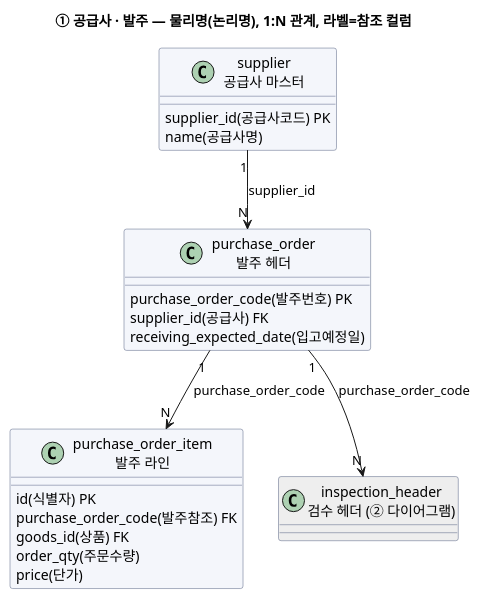
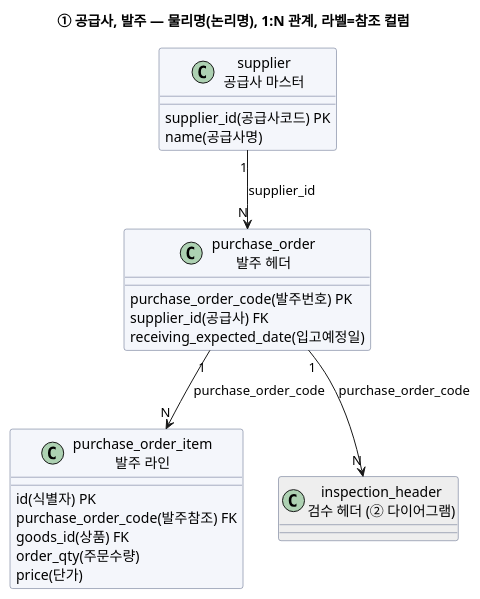
The seventh of 10 diagrams in blog/2026-09-12-scm-system-explained.mdx (johnycho/johny-dev), drawn with PlantUML before and after one commit. The commit also changed other lines of this file and 188 other files, not shown here.

````diff
--- a/blog/2026-09-12-scm-system-explained.mdx
+++ b/blog/2026-09-12-scm-system-explained.mdx
@@ -386,31 +386,31 @@
 ```plantuml
 @startuml
 skinparam classAttributeIconSize 0
 skinparam class {
   BackgroundColor #F4F6FB
   BorderColor #556080
 }
-title ① 공급사 · 발주 — 물리명(논리명), 1:N 관계, 라벨=참조 컬럼
+title ① 공급사, 발주 — 물리명(논리명), 1:N 관계, 라벨=참조 컬럼
 
 class "supplier\n공급사 마스터" as sup {
   supplier_id(공급사코드) PK
   name(공급사명)
 }
 class "purchase_order\n발주 헤더" as po {
   purchase_order_code(발주번호) PK
   supplier_id(공급사) FK
   receiving_expected_date(입고예정일)
 }
 class "purchase_order_item\n발주 라인" as poi {
   id(식별자) PK
   purchase_order_code(발주참조) FK
   goods_id(상품) FK
   order_qty(주문수량)
   price(단가)
 }
 class "inspection_header\n검수 헤더 (② 다이어그램)" as insp #EEEEEE
 sup "1" --> "N" po : supplier_id
 po "1" --> "N" poi : purchase_order_code
 po "1" --> "N" insp : purchase_order_code
 @enduml
 ```
````
